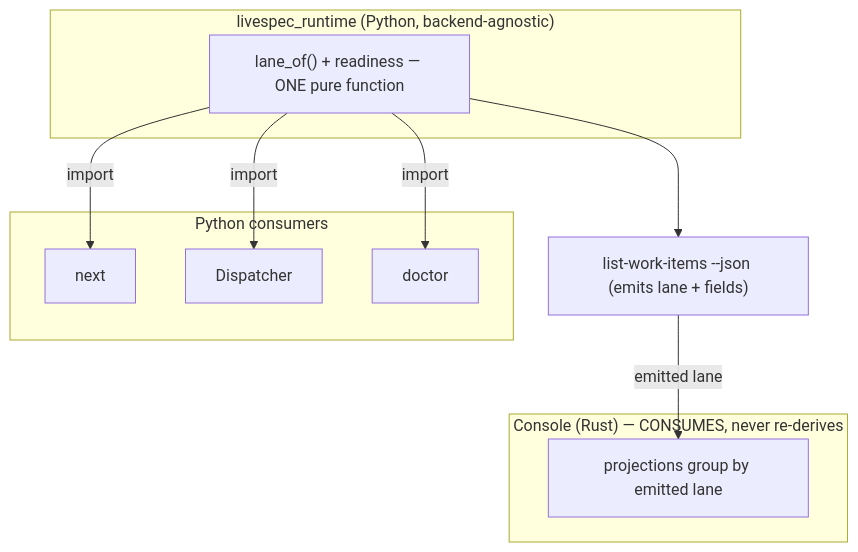
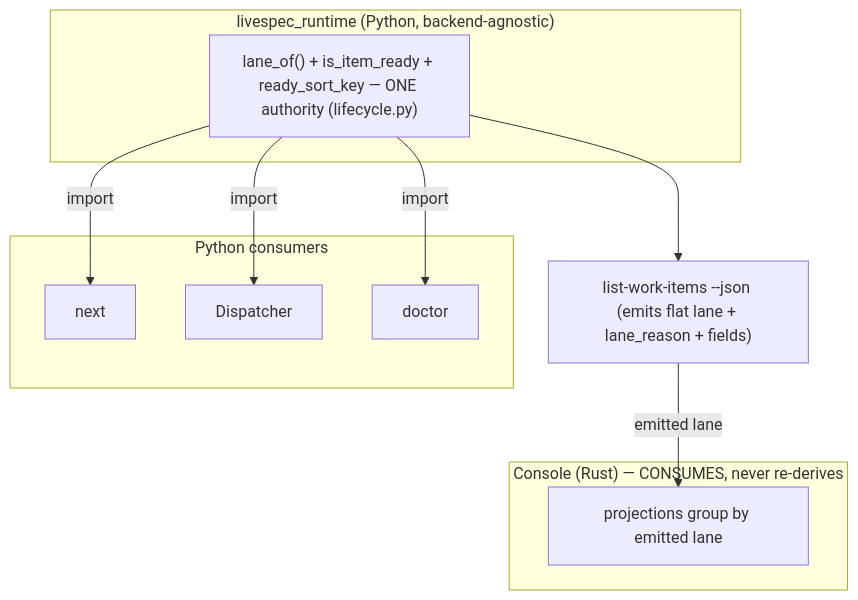
The second of 4 diagrams in plan/work-item-state-machine/research/02-design.md (thewoolleyman/livespec), drawn with Mermaid before and after one commit. The commit also changed other lines of this file and 1 other file, not shown here.

````diff
--- a/plan/work-item-state-machine/research/02-design.md
+++ b/plan/work-item-state-machine/research/02-design.md
@@ -130,20 +196,20 @@
 ```mermaid
 flowchart TB
   subgraph Authority["livespec_runtime (Python, backend-agnostic)"]
-    LANEOF["lane_of() + readiness — ONE pure function"]
+    LANEOF["lane_of() + is_item_ready + ready_sort_key — ONE authority (lifecycle.py)"]
   end
   subgraph PyConsumers["Python consumers"]
     NEXT["next"]
     DISP["Dispatcher"]
     DOC["doctor"]
   end
-  SURFACE["list-work-items --json (emits lane + fields)"]
+  SURFACE["list-work-items --json (emits flat lane + lane_reason + fields)"]
   subgraph Console["Console (Rust) — CONSUMES, never re-derives"]
     PROJ["projections group by emitted lane"]
   end
   LANEOF -->|import| NEXT
   LANEOF -->|import| DISP
   LANEOF -->|import| DOC
   LANEOF --> SURFACE
   SURFACE -->|emitted lane| PROJ
 ```
````
